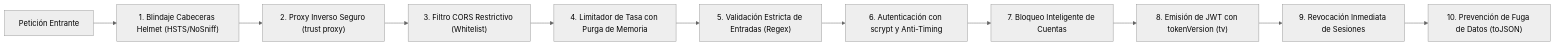
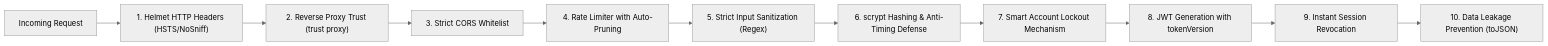
One commit to DiegoBanuelosS/GameNow changed the third of 4 diagrams in readme.md. Above: the diagram before and after it, drawn with Mermaid (neutral theme). The commit also changed other lines of this file, not shown here.

````diff
--- a/readme.md
+++ b/readme.md
@@ -209,13 +225,13 @@
 ```mermaid
 flowchart LR
-    A["Petición Entrante"] --> B["1. Blindaje Cabeceras Helmet (HSTS/NoSniff)"]
-    B --> C["2. Proxy Inverso Seguro (trust proxy)"]
-    C --> D["3. Filtro CORS Restrictivo (Whitelist)"]
-    D --> E["4. Limitador de Tasa con Purga de Memoria"]
-    E --> F["5. Validación Estricta de Entradas (Regex)"]
-    F --> G["6. Autenticación con scrypt y Anti-Timing"]
-    G --> H["7. Bloqueo Inteligente de Cuentas"]
-    H --> I["8. Emisión de JWT con tokenVersion (tv)"]
-    I --> J["9. Revocación Inmediata de Sesiones"]
-    J --> K["10. Prevención de Fuga de Datos (toJSON)"]
+    A["Incoming Request"] --> B["1. Helmet HTTP Headers (HSTS/NoSniff)"]
+    B --> C["2. Reverse Proxy Trust (trust proxy)"]
+    C --> D["3. Strict CORS Whitelist"]
+    D --> E["4. Rate Limiter with Auto-Pruning"]
+    E --> F["5. Strict Input Sanitization (Regex)"]
+    F --> G["6. scrypt Hashing & Anti-Timing Defense"]
+    G --> H["7. Smart Account Lockout Mechanism"]
+    H --> I["8. JWT Generation with tokenVersion"]
+    I --> J["9. Instant Session Revocation"]
+    J --> K["10. Data Leakage Prevention (toJSON)"]
 ```
````
